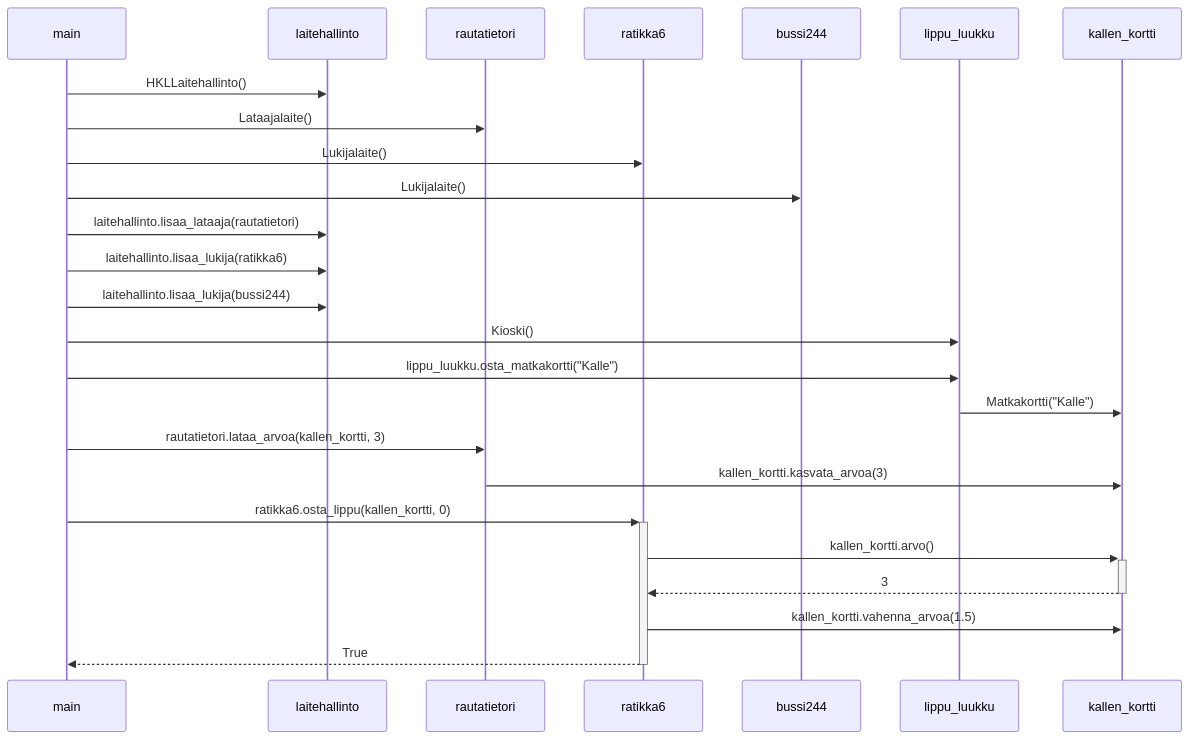
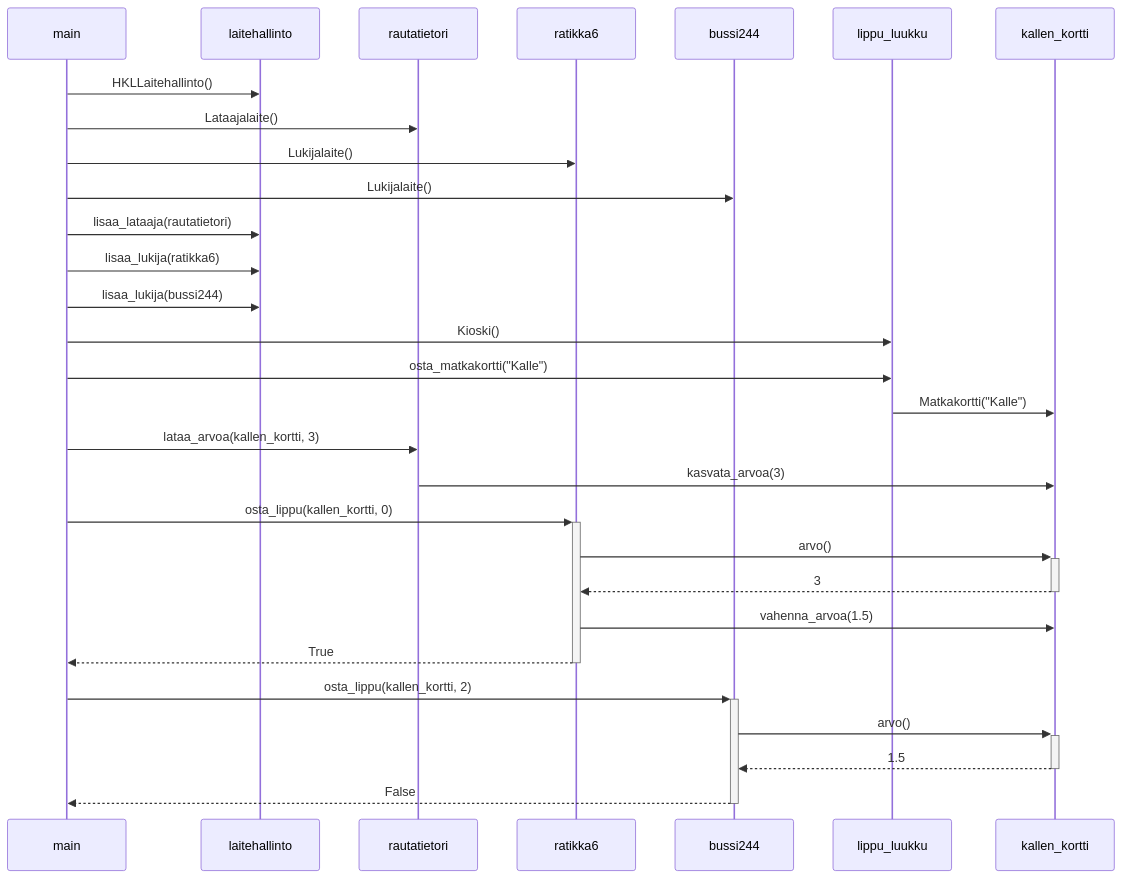
The diagram in laskarit/viikko3/hsl-sekvenssikaavio.md (Nanotiike/ot-harjoitustyo), drawn with Mermaid before and after one commit.

````diff
--- a/laskarit/viikko3/hsl-sekvenssikaavio.md
+++ b/laskarit/viikko3/hsl-sekvenssikaavio.md
@@ -3,20 +3,24 @@
 ```mermaid
   sequenceDiagram
     main ->> laitehallinto: HKLLaitehallinto()
     main ->> rautatietori: Lataajalaite()
     main ->> ratikka6: Lukijalaite()
     main ->> bussi244: Lukijalaite()
-    main ->> laitehallinto: laitehallinto.lisaa_lataaja(rautatietori)
-    main ->> laitehallinto: laitehallinto.lisaa_lukija(ratikka6)
-    main ->> laitehallinto: laitehallinto.lisaa_lukija(bussi244)
+    main ->> laitehallinto: lisaa_lataaja(rautatietori)
+    main ->> laitehallinto: lisaa_lukija(ratikka6)
+    main ->> laitehallinto: lisaa_lukija(bussi244)
     main ->> lippu_luukku: Kioski()
-    main ->> lippu_luukku: lippu_luukku.osta_matkakortti("Kalle")
+    main ->> lippu_luukku: osta_matkakortti("Kalle")
     lippu_luukku ->> kallen_kortti: Matkakortti("Kalle")
-    main ->> rautatietori: rautatietori.lataa_arvoa(kallen_kortti, 3)
-    rautatietori ->> kallen_kortti: kallen_kortti.kasvata_arvoa(3)
-    main ->>+ ratikka6: ratikka6.osta_lippu(kallen_kortti, 0)
-    ratikka6 ->>+ kallen_kortti: kallen_kortti.arvo()
+    main ->> rautatietori: lataa_arvoa(kallen_kortti, 3)
+    rautatietori ->> kallen_kortti: kasvata_arvoa(3)
+    main ->>+ ratikka6: osta_lippu(kallen_kortti, 0)
+    ratikka6 ->>+ kallen_kortti: arvo()
     kallen_kortti -->>- ratikka6: 3
-    ratikka6 ->> kallen_kortti: kallen_kortti.vahenna_arvoa(1.5)
+    ratikka6 ->> kallen_kortti: vahenna_arvoa(1.5)
     ratikka6 -->>- main: True
+    main ->>+ bussi244: osta_lippu(kallen_kortti, 2)
+    bussi244 ->>+ kallen_kortti: arvo()
+    kallen_kortti -->>- bussi244: 1.5
+    bussi244 -->>- main: False
 ```
````
